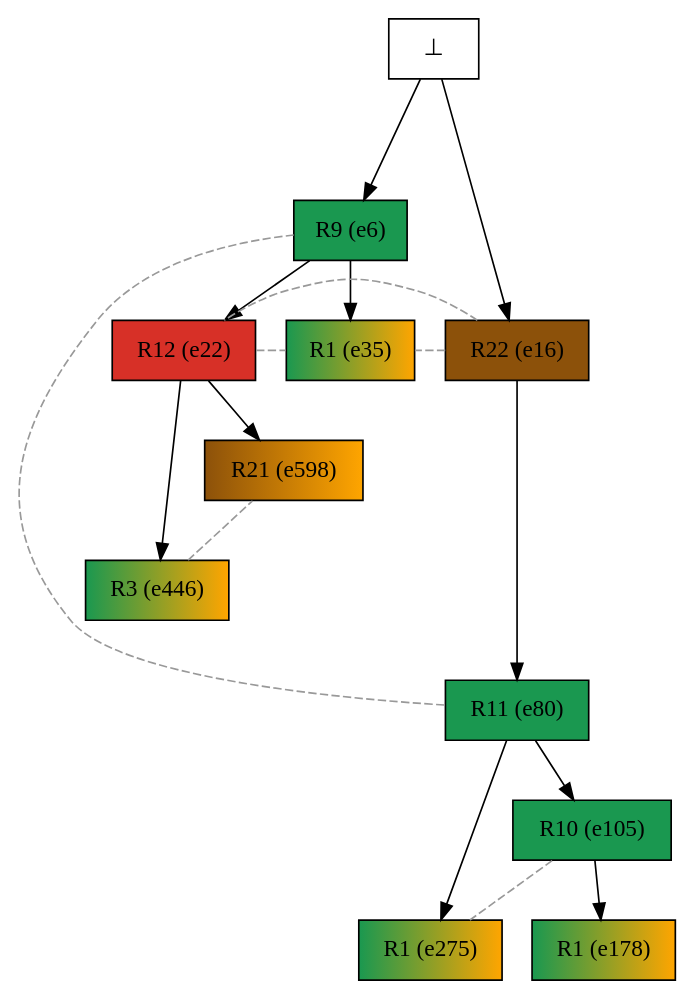
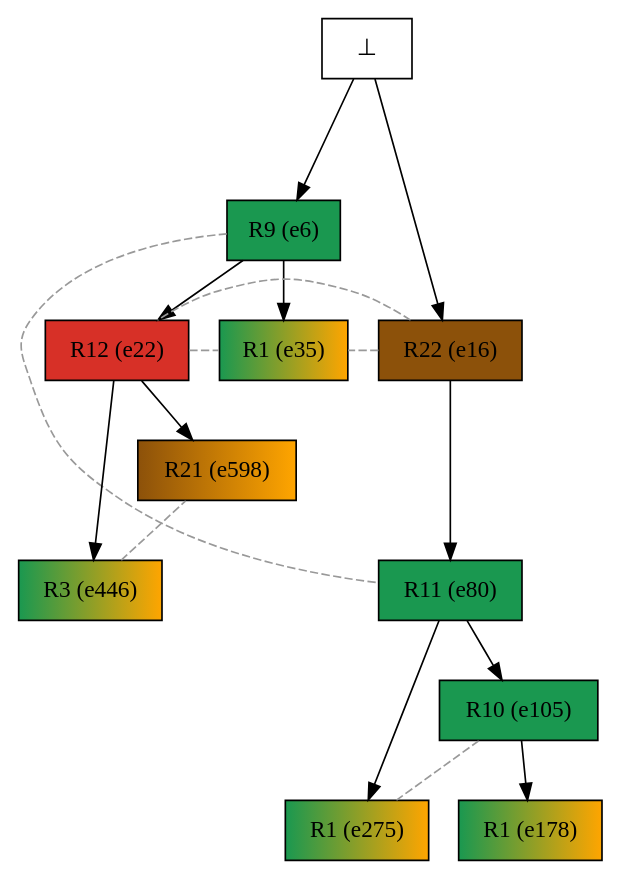
Before and after one commit to giannkas/ecofolder: the diagram in examples/oursin_tasmanie/mrk_instances/urc2alg+/sorted/tasmanie_urc2alg_42-46confs/tasmanie_urc2alg_42-46confs_colored_pathway.dot, drawn with Graphviz. The commit also changed 41 other files, not shown here.

```diff
--- a/examples/oursin_tasmanie/mrk_instances/urc2alg+/sorted/tasmanie_urc2alg_42-46confs/tasmanie_urc2alg_42-46confs_colored_pathway.dot
+++ b/examples/oursin_tasmanie/mrk_instances/urc2alg+/sorted/tasmanie_urc2alg_42-46confs/tasmanie_urc2alg_42-46confs_colored_pathway.dot
@@ -1,33 +1,33 @@
 digraph test {
 
 //conflicts
   e6 -> e80 [arrowhead=none color=gray60 style=dashed constraint=false];
   e16 -> e22 [arrowhead=none color=gray60 style=dashed constraint=false];
   e16 -> e35 [arrowhead=none color=gray60 style=dashed constraint=false];
   e22 -> e35 [arrowhead=none color=gray60 style=dashed constraint=false];
   e105 -> e275 [arrowhead=none color=gray60 style=dashed constraint=false];
   e446 -> e598 [arrowhead=none color=gray60 style=dashed constraint=false];
 
   e6 -> e35 [minlen=1];
   e105 -> e178 [minlen=1];
   e80 -> e105 [minlen=1];
-  e16 -> e80 [minlen=3];
+  e16 -> e80 [minlen=2];
   e80 -> e275 [minlen=2];
   e22 -> e446 [minlen=2];
   e6 -> e22 [minlen=1];
   e22 -> e598 [minlen=1];
   e0 -> e6 [minlen=2];
   e0 -> e16 [minlen=3];
 
   e6 [color="black" fillcolor="#1a9850:#1a9850" label="R9 (e6)" shape=box style=filled];
   e16 [color="black" fillcolor="#8c510a:#8c510a" label="R22 (e16)" shape=box style=filled];
   e22 [color="black" fillcolor="#d73027:#d73027" label="R12 (e22)" shape=box style=filled];
   e35 [color="black" fillcolor="#1a9850:orange" label="R1 (e35)" shape=box style=filled];
   e80 [color="black" fillcolor="#1a9850:#1a9850" label="R11 (e80)" shape=box style=filled];
   e105 [color="black" fillcolor="#1a9850:#1a9850" label="R10 (e105)" shape=box style=filled];
   e178 [color="black" fillcolor="#1a9850:orange" label="R1 (e178)" shape=box style=filled];
   e275 [color="black" fillcolor="#1a9850:orange" label="R1 (e275)" shape=box style=filled];
   e446 [color="black" fillcolor="#1a9850:orange" label="R3 (e446)" shape=box style=filled];
   e598 [color="black" fillcolor="#8c510a:orange" label="R21 (e598)" shape=box style=filled];
   e0 [fillcolor="white" label="⊥" shape=box style=filled];
 }
```
